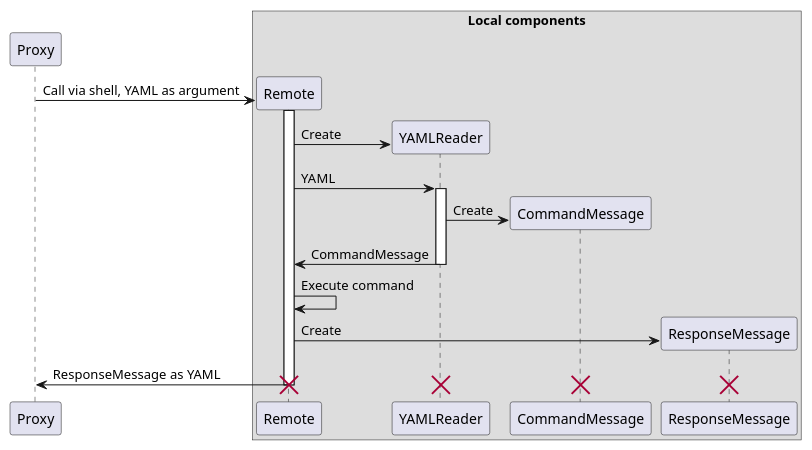
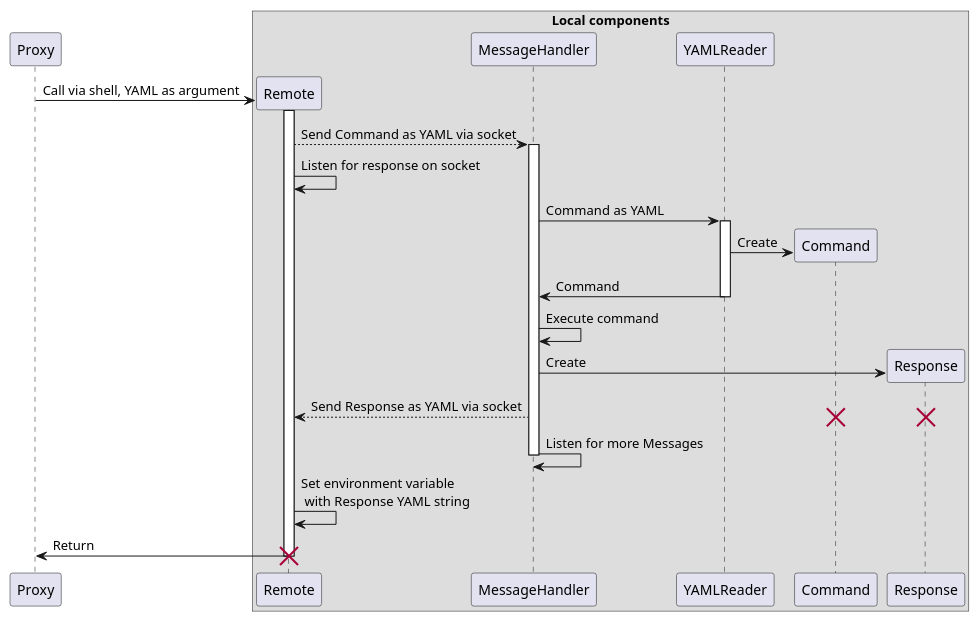
The diagram in design/sequence/remote.puml (DistributedTaskScheduling/documentation), drawn with PlantUML before and after one commit. The commit also changed 2 other files, not shown here.

Commit message:
Revised proxy sequence diagrams: MessageHandler, envornment variables

```diff
--- a/design/sequence/remote.puml
+++ b/design/sequence/remote.puml
@@ -1,25 +1,30 @@
 @startuml
 
 participant Proxy
 
 box "Local components"
     participant Remote
+    participant MessageHandler
     participant YAMLReader
-    participant CommandMessage
-    participant ResponseMessage
+    participant Command
+    participant Response
 end box
 
 Proxy -> Remote ** : Call via shell, YAML as argument
 activate Remote
-Remote -> YAMLReader ** : Create
-Remote -> YAMLReader ++ : YAML
-YAMLReader -> CommandMessage ** : Create
-Remote <- YAMLReader -- : CommandMessage
-Remote -> Remote : Execute command
-Remote -> ResponseMessage ** : Create
-Proxy <- Remote -- : ResponseMessage as YAML
+Remote --> MessageHandler ++ : Send Command as YAML via socket
+Remote -> Remote : Listen for response on socket
+MessageHandler -> YAMLReader ++ : Command as YAML
+YAMLReader -> Command ** : Create
+MessageHandler <- YAMLReader -- : Command
+MessageHandler -> MessageHandler : Execute command
+MessageHandler -> Response ** : Create
+MessageHandler --> Remote : Send Response as YAML via socket
+destroy Command
+destroy Response
+MessageHandler -> MessageHandler : Listen for more Messages
+deactivate MessageHandler
+Remote -> Remote : Set environment variable \n with Response YAML string
+Proxy <- Remote -- : Return
 destroy Remote
-destroy YAMLReader
-destroy CommandMessage
-destroy ResponseMessage
 @enduml
```
